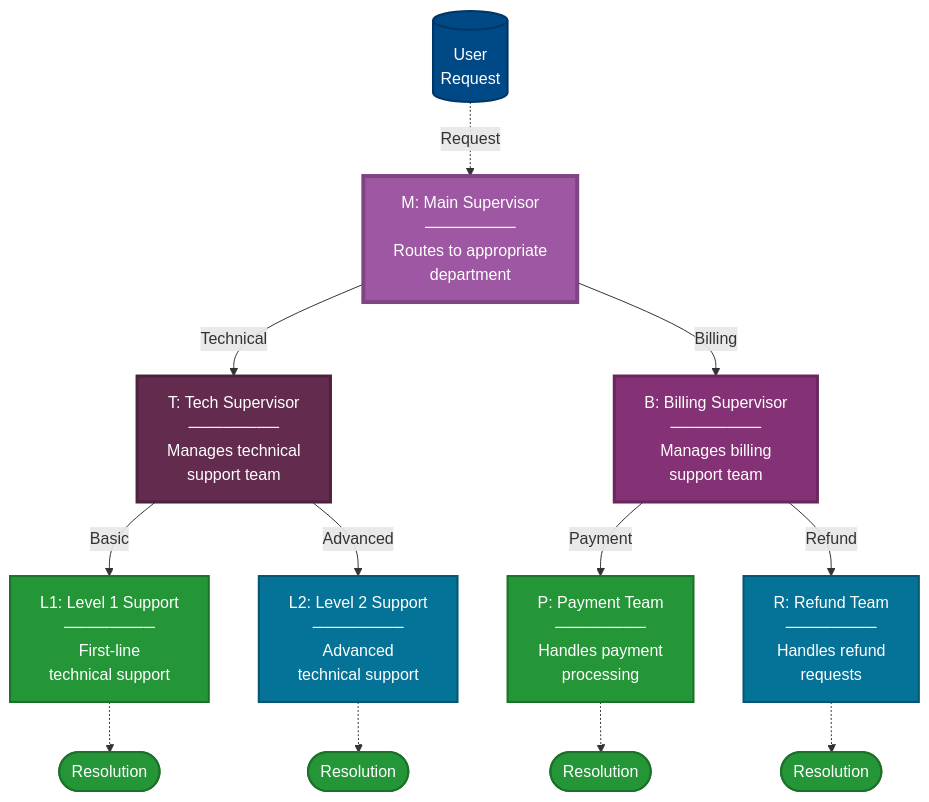
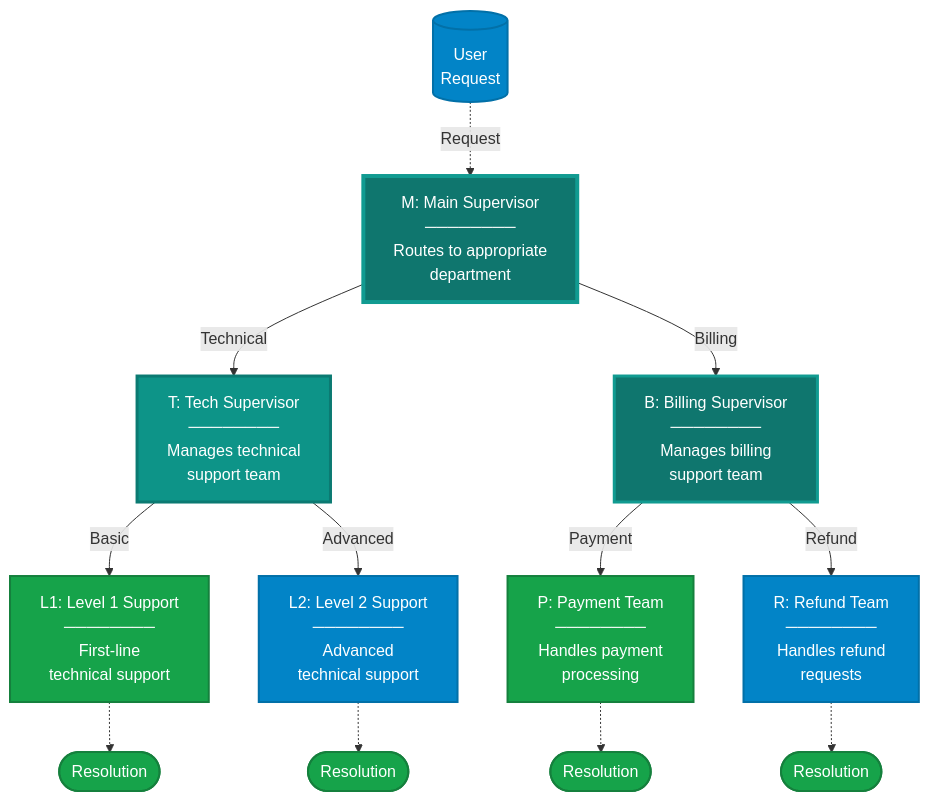
One commit to nitin27may/ai-resources changed the fourth of 6 diagrams in docs/patterns/design-patterns.md. Above: the diagram before and after it, drawn with Mermaid. The commit also changed other lines of this file and 84 other files, not shown here.

````diff
--- a/docs/patterns/design-patterns.md
+++ b/docs/patterns/design-patterns.md
@@ -179,47 +178,47 @@
 ```mermaid
 flowchart TD
     User[("User<br/>Request")]
     Main["M: Main Supervisor<br/>────────<br/>Routes to appropriate<br/>department"]
     
     TechSup["T: Tech Supervisor<br/>────────<br/>Manages technical<br/>support team"]
     BillSup["B: Billing Supervisor<br/>────────<br/>Manages billing<br/>support team"]
     
     L1["L1: Level 1 Support<br/>────────<br/>First-line<br/>technical support"]
     L2["L2: Level 2 Support<br/>────────<br/>Advanced<br/>technical support"]
     
     Payment["P: Payment Team<br/>────────<br/>Handles payment<br/>processing"]
     Refund["R: Refund Team<br/>────────<br/>Handles refund<br/>requests"]
     
     End1([Resolution])
     End2([Resolution])
     End3([Resolution])
     End4([Resolution])
     
     User -.->|Request| Main
     Main -->|Technical| TechSup
     Main -->|Billing| BillSup
     
     TechSup -->|Basic| L1
     TechSup -->|Advanced| L2
     
     BillSup -->|Payment| Payment
     BillSup -->|Refund| Refund
     
     L1 -.-> End1
     L2 -.-> End2
     Payment -.-> End3
     Refund -.-> End4
     
-    style User fill:#004987,stroke:#003665,stroke-width:2px,color:#fff
-    style Main fill:#9E57A2,stroke:#7E4582,stroke-width:4px,color:#fff
-    style TechSup fill:#632C4F,stroke:#4E223E,stroke-width:3px,color:#fff
-    style BillSup fill:#853175,stroke:#6A275E,stroke-width:3px,color:#fff
-    style L1 fill:#259638,stroke:#1C712A,stroke-width:2px,color:#fff
-    style L2 fill:#057398,stroke:#045672,stroke-width:2px,color:#fff
-    style Payment fill:#259638,stroke:#1C712A,stroke-width:2px,color:#fff
-    style Refund fill:#057398,stroke:#045672,stroke-width:2px,color:#fff
-    style End1 fill:#259638,stroke:#1C712A,stroke-width:2px,color:#fff
-    style End2 fill:#259638,stroke:#1C712A,stroke-width:2px,color:#fff
-    style End3 fill:#259638,stroke:#1C712A,stroke-width:2px,color:#fff
-    style End4 fill:#259638,stroke:#1C712A,stroke-width:2px,color:#fff
+    style User fill:#0284c7,stroke:#0270a8,stroke-width:2px,color:#fff
+    style Main fill:#0f766e,stroke:#119b91,stroke-width:4px,color:#fff
+    style TechSup fill:#0d9488,stroke:#0b7a72,stroke-width:3px,color:#fff
+    style BillSup fill:#0f766e,stroke:#119b91,stroke-width:3px,color:#fff
+    style L1 fill:#16a34a,stroke:#15803d,stroke-width:2px,color:#fff
+    style L2 fill:#0284c7,stroke:#0270a8,stroke-width:2px,color:#fff
+    style Payment fill:#16a34a,stroke:#15803d,stroke-width:2px,color:#fff
+    style Refund fill:#0284c7,stroke:#0270a8,stroke-width:2px,color:#fff
+    style End1 fill:#16a34a,stroke:#15803d,stroke-width:2px,color:#fff
+    style End2 fill:#16a34a,stroke:#15803d,stroke-width:2px,color:#fff
+    style End3 fill:#16a34a,stroke:#15803d,stroke-width:2px,color:#fff
+    style End4 fill:#16a34a,stroke:#15803d,stroke-width:2px,color:#fff
 ```
````
